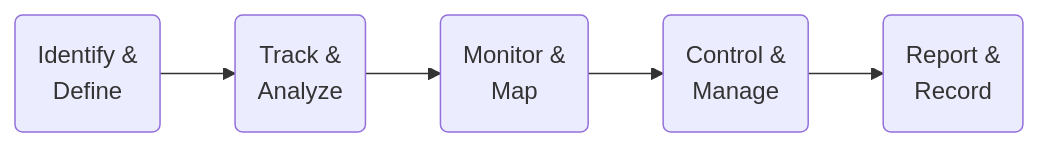
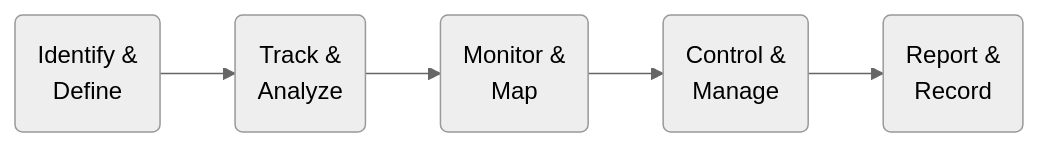
Before and after one commit to jan-ru/phd_kul: the diagram in diagrams/s2_oceg_regulatory_change_process.qmd, drawn with Mermaid. The commit also changed 9 other files, not shown here.

Commit message:
Updated tables and diagrams

````diff
--- a/diagrams/s2_oceg_regulatory_change_process.qmd
+++ b/diagrams/s2_oceg_regulatory_change_process.qmd
@@ -6,17 +6,18 @@
 ```{mermaid}
 flowchart LR
+  %%{init: {'theme':'neutral'}}%%
   A("Identify &
   Define")
   B("Track & 
   Analyze")
   C("Monitor & 
   Map")
   D("Control & 
   Manage")
   E("Report & 
   Record")
   A --> B
   B --> C
   C --> D
   D --> E
 ```
````
